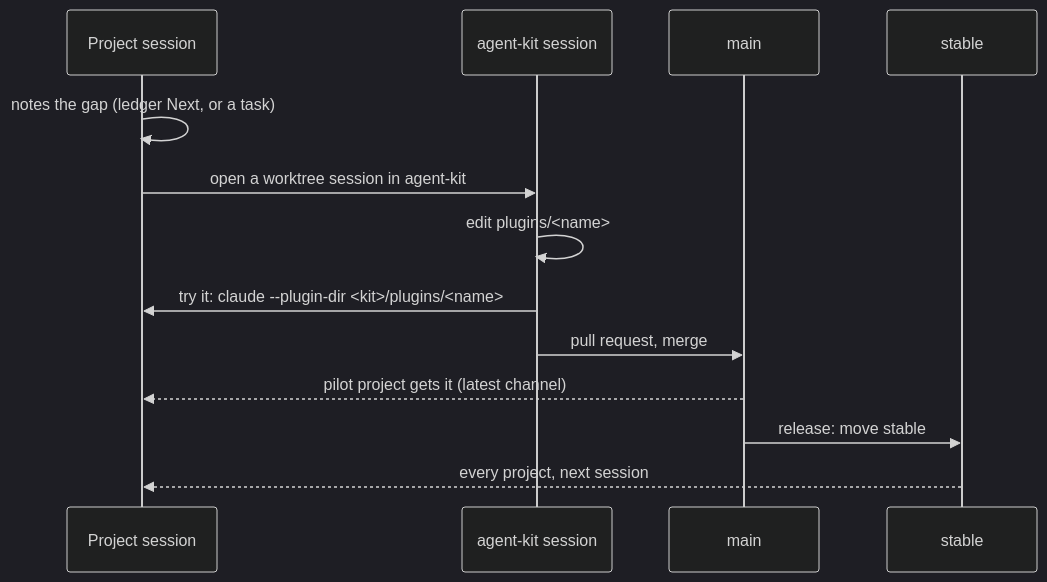
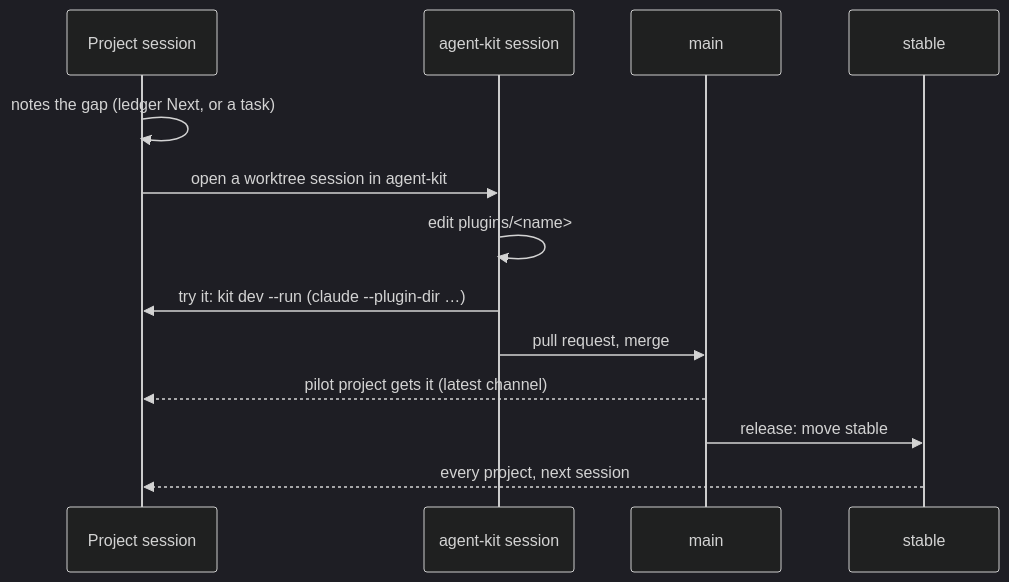
The second of 2 diagrams in docs/changing.md (3meyc/agent-kit), drawn with Mermaid (dark theme) before and after one commit. The commit also changed other lines of this file and 12 other files, not shown here.

First line of the commit message:
feat(core): add kit dev to load a project's kit plugins from local checkouts

````diff
--- a/docs/changing.md
+++ b/docs/changing.md
@@ -29,15 +29,15 @@
 ```mermaid
 sequenceDiagram
   participant P as Project session
   participant K as agent-kit session
   participant M as main
   participant S as stable
   P->>P: notes the gap (ledger Next, or a task)
   P->>K: open a worktree session in agent-kit
   K->>K: edit plugins/<name>
-  K->>P: try it: claude --plugin-dir <kit>/plugins/<name>
+  K->>P: try it: kit dev --run (claude --plugin-dir …)
   K->>M: pull request, merge
   M-->>P: pilot project gets it (latest channel)
   M->>S: release: move stable
   S-->>P: every project, next session
 ```
````
